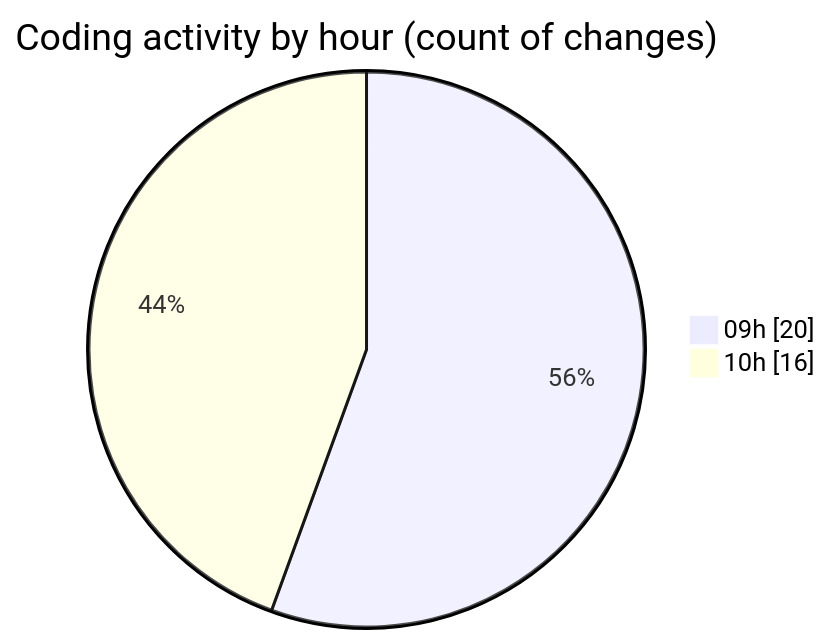
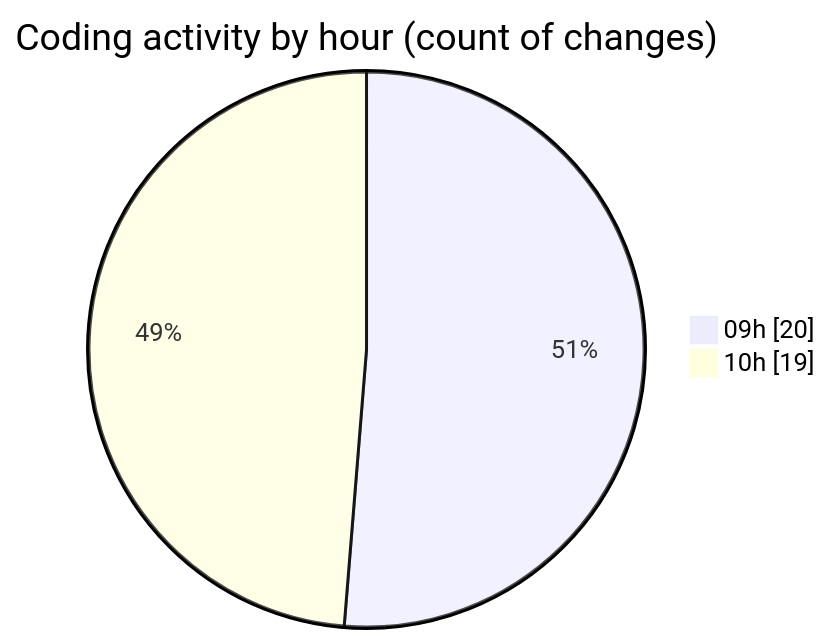
Before and after one commit to momahboobian/code-tracking: the second of 2 diagrams in 2025-05-19/cda/README.md, drawn with Mermaid. The commit also changed other lines of this file and 1 other file, not shown here.

````diff
--- a/2025-05-19/cda/README.md
+++ b/2025-05-19/cda/README.md
@@ -35,6 +35,6 @@
 ```mermaid
 pie showData
 title Coding activity by hour (count of changes)
 "09h" : 20
-"10h" : 16
+"10h" : 19
 ```
````
